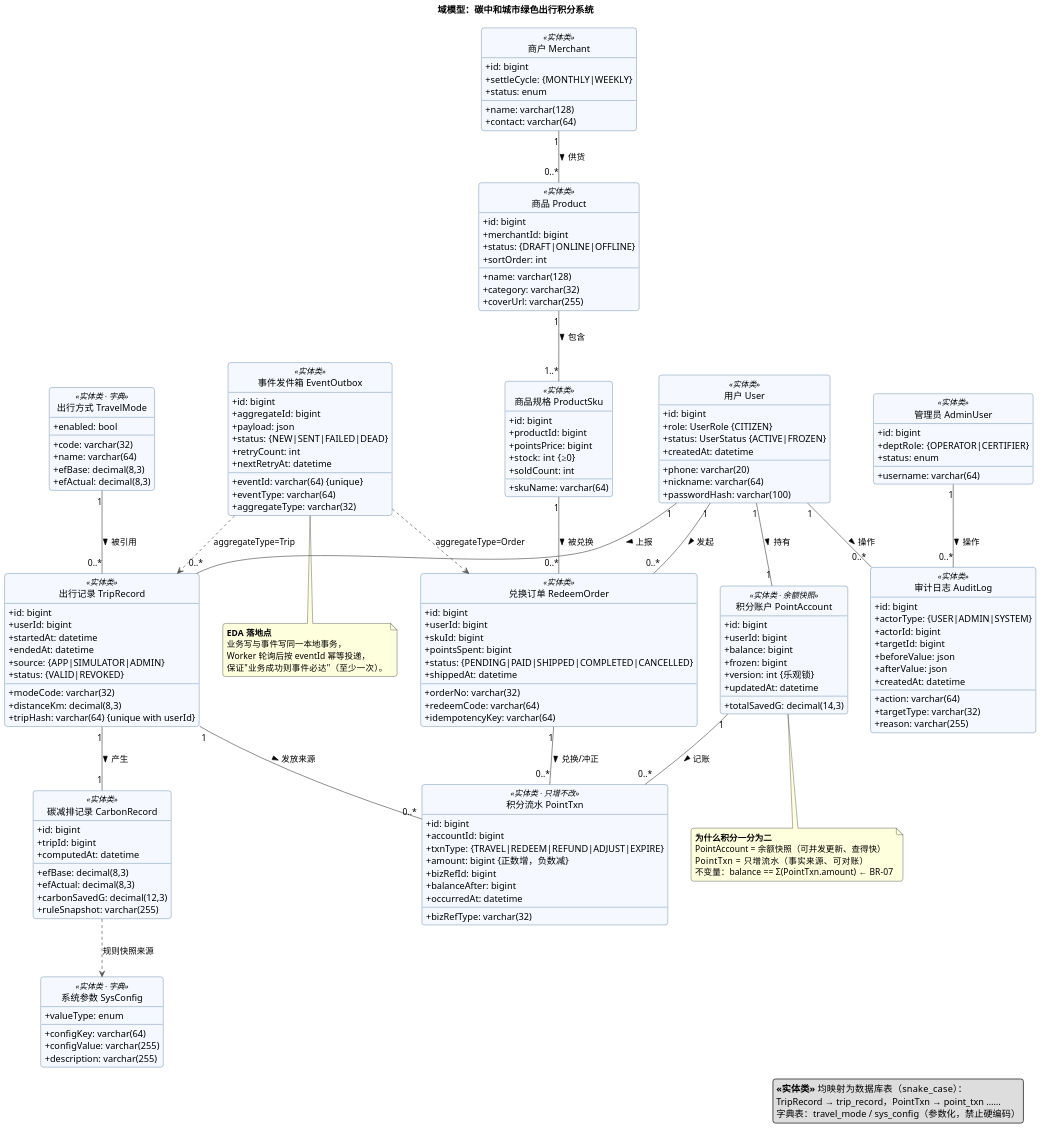
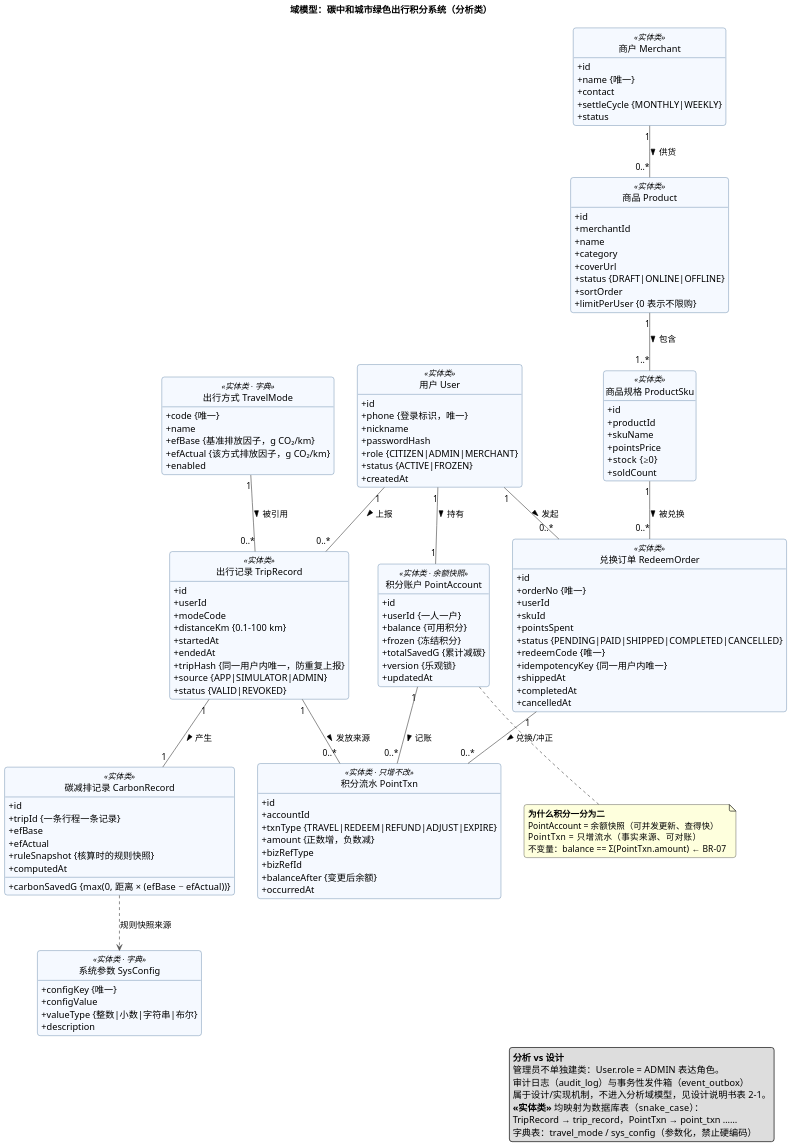
One commit to chiyan11/green-travel-points changed the diagram in docs/uml/04-域模型.puml. Above: the diagram before and after it, drawn with PlantUML. The commit also changed 11 other files, not shown here.

```diff
--- a/docs/uml/04-域模型.puml
+++ b/docs/uml/04-域模型.puml
@@ -1,7 +1,7 @@
 @startuml 图1-7 域模型（分析类图 · 名词短语法 + CRC）
 ' 依据：docs/需求规格说明书.md §2.4（名词短语判定表 / CRC 卡片 / 基数表）
-' 约定：类名 "中文 English" as 别名；字段只列分析阶段能确定的；
-'       方法在分析阶段可省，设计阶段（实验二）再补全。
+' 约定：这是分析类图，只保留业务概念与业务约束，不写 varchar/bigint 等物理类型；
+'       设计类、表结构、索引见 docs/设计规格说明书.md 表 2-1 / 表 2-2 / 表 2-3。
 
 skinparam defaultFontName "Microsoft YaHei"
 skinparam dpi 150
@@ -16,155 +16,124 @@
 hide empty members
 hide circle
 
-title 域模型：碳中和城市绿色出行积分系统
+title 域模型：碳中和城市绿色出行积分系统（分析类）
 
 ' ================= 账户与主体 =================
 
 class "用户 User" as User <<实体类>> {
-  + id: bigint
-  + phone: varchar(20)
-  + nickname: varchar(64)
-  + passwordHash: varchar(100)
-  + role: UserRole {CITIZEN}
-  + status: UserStatus {ACTIVE|FROZEN}
-  + createdAt: datetime
-}
-
-class "管理员 AdminUser" as AdminUser <<实体类>> {
-  + id: bigint
-  + username: varchar(64)
-  + deptRole: {OPERATOR|CERTIFIER}
-  + status: enum
+  + id
+  + phone {登录标识，唯一}
+  + nickname
+  + passwordHash
+  + role {CITIZEN|ADMIN|MERCHANT}
+  + status {ACTIVE|FROZEN}
+  + createdAt
 }
 
 class "商户 Merchant" as Merchant <<实体类>> {
-  + id: bigint
-  + name: varchar(128)
-  + contact: varchar(64)
-  + settleCycle: {MONTHLY|WEEKLY}
-  + status: enum
+  + id
+  + name {唯一}
+  + contact
+  + settleCycle {MONTHLY|WEEKLY}
+  + status
 }
 
 ' ================= 出行与碳核算 =================
 
 class "出行方式 TravelMode" as TravelMode <<实体类 · 字典>> {
-  + code: varchar(32)
-  + name: varchar(64)
-  + efBase: decimal(8,3)
-  + efActual: decimal(8,3)
-  + enabled: bool
+  + code {唯一}
+  + name
+  + efBase {基准排放因子，g CO₂/km}
+  + efActual {该方式排放因子，g CO₂/km}
+  + enabled
 }
 
 class "系统参数 SysConfig" as SysConfig <<实体类 · 字典>> {
-  + configKey: varchar(64)
-  + configValue: varchar(255)
-  + valueType: enum
-  + description: varchar(255)
+  + configKey {唯一}
+  + configValue
+  + valueType {整数|小数|字符串|布尔}
+  + description
 }
 
 class "出行记录 TripRecord" as TripRecord <<实体类>> {
-  + id: bigint
-  + userId: bigint
-  + modeCode: varchar(32)
-  + distanceKm: decimal(8,3)
-  + startedAt: datetime
-  + endedAt: datetime
-  + tripHash: varchar(64) {unique with userId}
-  + source: {APP|SIMULATOR|ADMIN}
-  + status: {VALID|REVOKED}
+  + id
+  + userId
+  + modeCode
+  + distanceKm {0.1–100 km}
+  + startedAt
+  + endedAt
+  + tripHash {同一用户内唯一，防重复上报}
+  + source {APP|SIMULATOR|ADMIN}
+  + status {VALID|REVOKED}
 }
 
 class "碳减排记录 CarbonRecord" as CarbonRecord <<实体类>> {
-  + id: bigint
-  + tripId: bigint
-  + efBase: decimal(8,3)
-  + efActual: decimal(8,3)
-  + carbonSavedG: decimal(12,3)
-  + ruleSnapshot: varchar(255)
-  + computedAt: datetime
+  + id
+  + tripId {一条行程一条记录}
+  + efBase
+  + efActual
+  + carbonSavedG {max(0, 距离 × (efBase − efActual))}
+  + ruleSnapshot {核算时的规则快照}
+  + computedAt
 }
 
 ' ================= 积分账本 =================
 
 class "积分账户 PointAccount" as PointAccount <<实体类 · 余额快照>> {
-  + id: bigint
-  + userId: bigint
-  + balance: bigint
-  + frozen: bigint
-  + totalSavedG: decimal(14,3)
-  + version: int {乐观锁}
-  + updatedAt: datetime
+  + id
+  + userId {一人一户}
+  + balance {可用积分}
+  + frozen {冻结积分}
+  + totalSavedG {累计减碳}
+  + version {乐观锁}
+  + updatedAt
 }
 
 class "积分流水 PointTxn" as PointTxn <<实体类 · 只增不改>> {
-  + id: bigint
-  + accountId: bigint
-  + txnType: {TRAVEL|REDEEM|REFUND|ADJUST|EXPIRE}
-  + amount: bigint {正数增，负数减}
-  + bizRefType: varchar(32)
-  + bizRefId: bigint
-  + balanceAfter: bigint
-  + occurredAt: datetime
+  + id
+  + accountId
+  + txnType {TRAVEL|REDEEM|REFUND|ADJUST|EXPIRE}
+  + amount {正数增，负数减}
+  + bizRefType
+  + bizRefId
+  + balanceAfter {变更后余额}
+  + occurredAt
 }
 
 ' ================= 商城与订单 =================
 
 class "商品 Product" as Product <<实体类>> {
-  + id: bigint
-  + merchantId: bigint
-  + name: varchar(128)
-  + category: varchar(32)
-  + coverUrl: varchar(255)
-  + status: {DRAFT|ONLINE|OFFLINE}
-  + sortOrder: int
+  + id
+  + merchantId
+  + name
+  + category
+  + coverUrl
+  + status {DRAFT|ONLINE|OFFLINE}
+  + sortOrder
+  + limitPerUser {0 表示不限购}
 }
 
 class "商品规格 ProductSku" as ProductSku <<实体类>> {
-  + id: bigint
-  + productId: bigint
-  + skuName: varchar(64)
-  + pointsPrice: bigint
-  + stock: int {≥0}
-  + soldCount: int
+  + id
+  + productId
+  + skuName
+  + pointsPrice
+  + stock {≥0}
+  + soldCount
 }
 
 class "兑换订单 RedeemOrder" as RedeemOrder <<实体类>> {
-  + id: bigint
-  + orderNo: varchar(32)
-  + userId: bigint
-  + skuId: bigint
-  + pointsSpent: bigint
-  + status: {PENDING|PAID|SHIPPED|COMPLETED|CANCELLED}
-  + redeemCode: varchar(64)
-  + idempotencyKey: varchar(64)
-  + shippedAt: datetime
-}
-
-' ================= 事件与审计 =================
-
-class "事件发件箱 EventOutbox" as EventOutbox <<实体类>> {
-  + id: bigint
-  + eventId: varchar(64) {unique}
-  + eventType: varchar(64)
-  + aggregateType: varchar(32)
-  + aggregateId: bigint
-  + payload: json
-  + status: {NEW|SENT|FAILED|DEAD}
-  + retryCount: int
-  + nextRetryAt: datetime
-}
-
-class "审计日志 AuditLog" as AuditLog <<实体类>> {
-  + id: bigint
-  + actorType: {USER|ADMIN|SYSTEM}
-  + actorId: bigint
-  + action: varchar(64)
-  + targetType: varchar(32)
-  + targetId: bigint
-  + beforeValue: json
-  + afterValue: json
-  + reason: varchar(255)
-  + createdAt: datetime
+  + id
+  + orderNo {唯一}
+  + userId
+  + skuId
+  + pointsSpent
+  + status {PENDING|PAID|SHIPPED|COMPLETED|CANCELLED}
+  + redeemCode {唯一}
+  + idempotencyKey {同一用户内唯一}
+  + shippedAt
+  + completedAt
+  + cancelledAt
 }
 
 ' ================= 关系与基数 =================
@@ -172,7 +141,6 @@
 User "1" -- "0..*" TripRecord : 上报 >
 User "1" -- "1" PointAccount : 持有 >
 User "1" -- "0..*" RedeemOrder : 发起 >
-User "1" -- "0..*" AuditLog : 操作 >
 
 TravelMode "1" -- "0..*" TripRecord : 被引用 >
 TripRecord "1" -- "1" CarbonRecord : 产生 >
@@ -186,11 +154,6 @@
 Product "1" -- "1..*" ProductSku : 包含 >
 ProductSku "1" -- "0..*" RedeemOrder : 被兑换 >
 
-AdminUser "1" -- "0..*" AuditLog : 操作 >
-
-EventOutbox ..> TripRecord : aggregateType=Trip
-EventOutbox ..> RedeemOrder : aggregateType=Order
-
 note bottom of PointAccount
   **为什么积分一分为二**
   PointAccount = 余额快照（可并发更新、查得快）
@@ -198,14 +161,11 @@
   不变量：balance == Σ(PointTxn.amount)   ← BR-07
 end note
 
-note bottom of EventOutbox
-  **EDA 落地点**
-  业务写与事件写同一本地事务，
-  Worker 轮询后按 eventId 幂等投递，
-  保证"业务成功则事件必达"（至少一次）。
-end note
-
 legend right
+  **分析 vs 设计**
+  管理员不单独建类：User.role = ADMIN 表达角色。
+  审计日志（audit_log）与事务性发件箱（event_outbox）
+  属于设计/实现机制，不进入分析域模型，见设计说明书表 2-1。
   **<<实体类>>** 均映射为数据库表（snake_case）：
   TripRecord → trip_record，PointTxn → point_txn ……
   字典表：travel_mode / sys_config（参数化，禁止硬编码）
```
